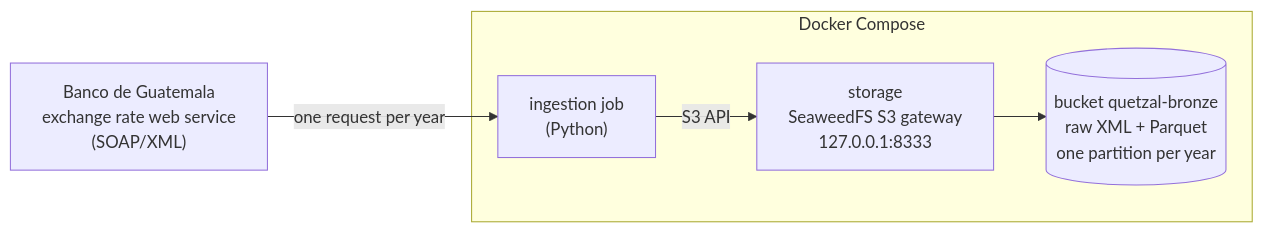
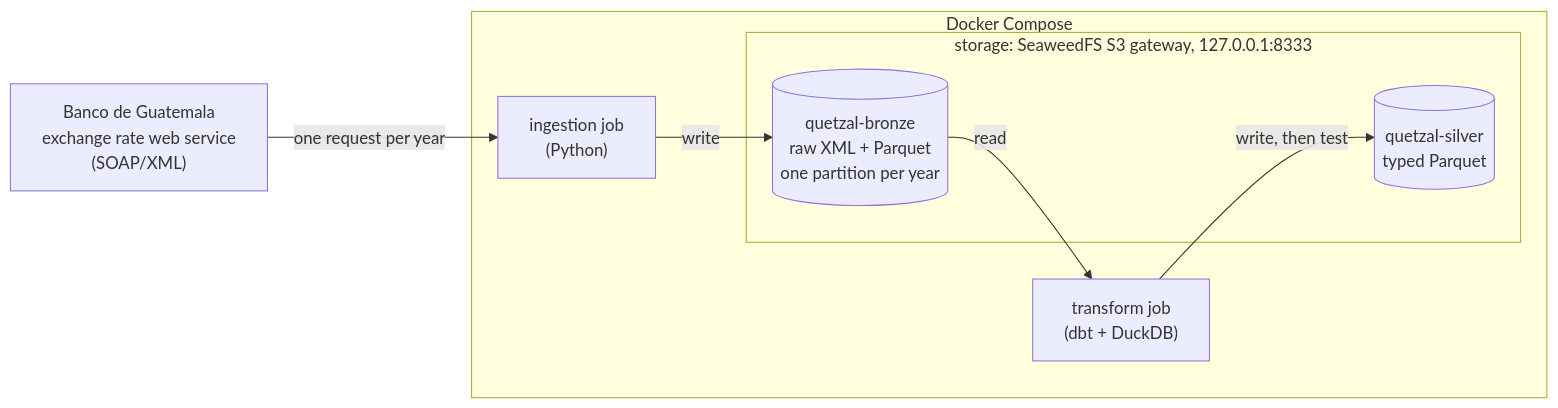
One commit to Carlosmarroquin20/quetzal-lakehouse changed the diagram in README.md. Above: the diagram before and after it, drawn with Mermaid. The commit also changed other lines of this file, not shown here.

First line of the commit message:
Document the silver layer

````diff
--- a/README.md
+++ b/README.md
@@ -22,12 +24,16 @@
 ```mermaid
 flowchart LR
     banguat["Banco de Guatemala<br/>exchange rate web service<br/>(SOAP/XML)"]
     subgraph compose["Docker Compose"]
-        job["ingestion job<br/>(Python)"]
-        storage["storage<br/>SeaweedFS S3 gateway<br/>127.0.0.1:8333"]
-        bronze[("bucket quetzal-bronze<br/>raw XML + Parquet<br/>one partition per year")]
+        ingestion["ingestion job<br/>(Python)"]
+        transform["transform job<br/>(dbt + DuckDB)"]
+        subgraph storage["storage: SeaweedFS S3 gateway, 127.0.0.1:8333"]
+            bronze[("quetzal-bronze<br/>raw XML + Parquet<br/>one partition per year")]
+            silver[("quetzal-silver<br/>typed Parquet")]
+        end
     end
-    banguat -- "one request per year" --> job
-    job -- "S3 API" --> storage
-    storage --> bronze
+    banguat -- "one request per year" --> ingestion
+    ingestion -- "write" --> bronze
+    bronze -- "read" --> transform
+    transform -- "write, then test" --> silver
 ```
````
